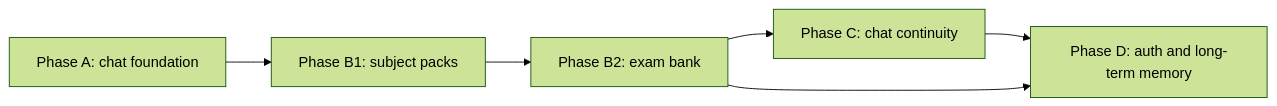
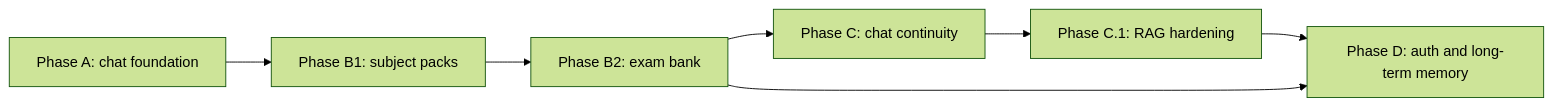
Before and after one commit to monitus2022/owl-online: the second of 2 diagrams in docs/workplan.md, drawn with Mermaid (forest theme). The commit also changed other lines of this file, not shown here.

First line of the commit message:
docs(workplan): add the RAG hardening line (#247)

````diff
--- a/docs/workplan.md
+++ b/docs/workplan.md
@@ -588,8 +625,9 @@
 ```mermaid
 flowchart LR
   A[Phase A: chat foundation] --> B1[Phase B1: subject packs]
   B1 --> B2[Phase B2: exam bank]
   B2 --> C[Phase C: chat continuity]
-  C --> D[Phase D: auth and long-term memory]
+  C --> C1[Phase C.1: RAG hardening]
+  C1 --> D[Phase D: auth and long-term memory]
   B2 --> D
 ```
````
